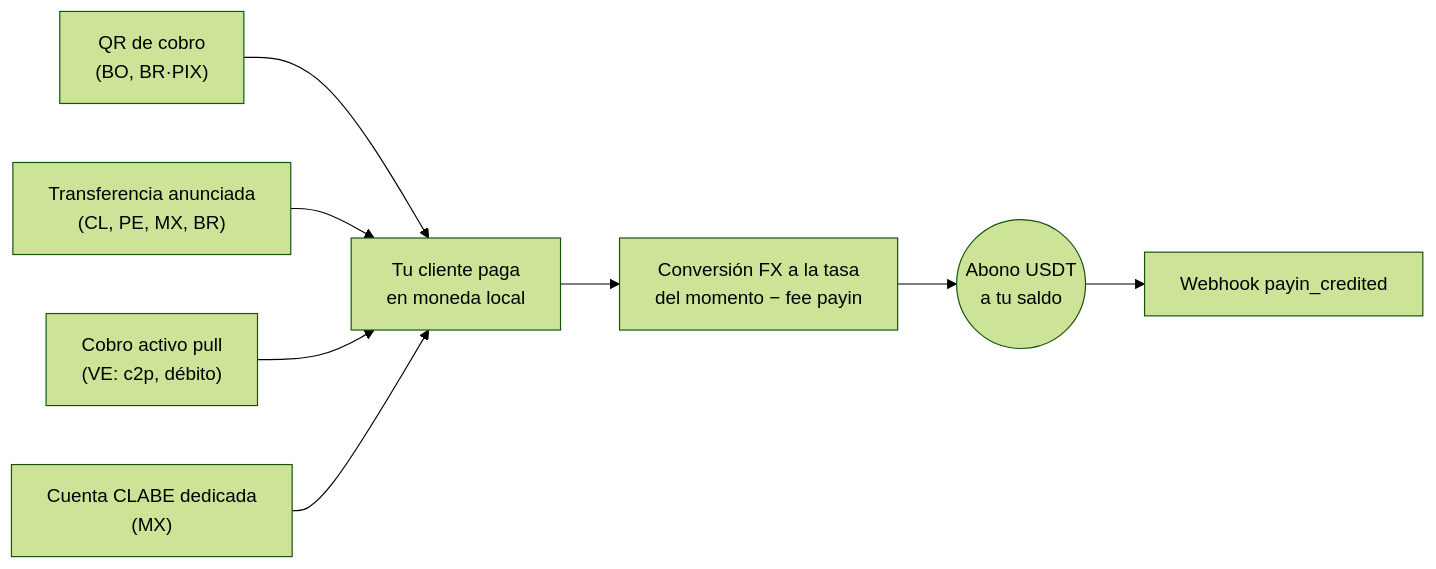
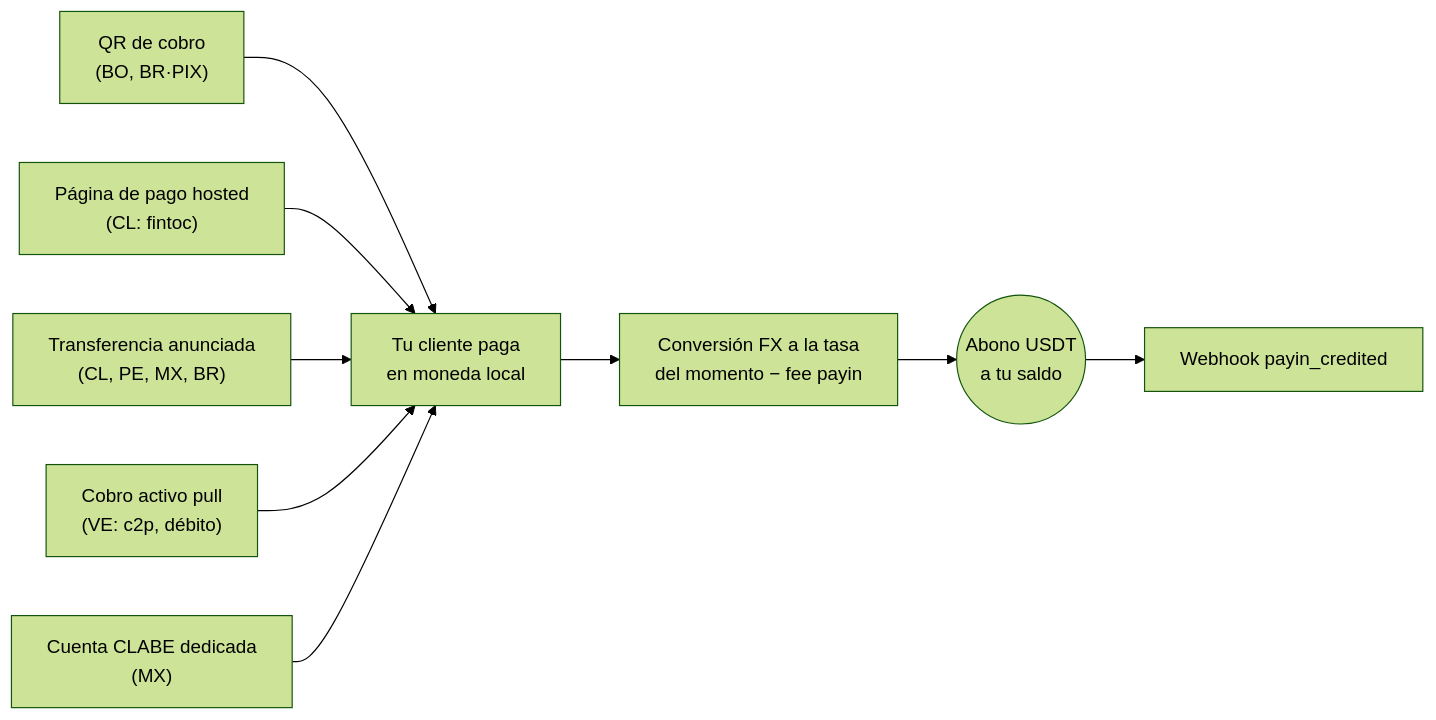
One commit to SaturoS17/docs changed the sixth of 12 diagrams in CBPAY_DOCUMENTACION.md. Above: the diagram before and after it, drawn with Mermaid (forest theme). The commit also changed other lines of this file and 7 other files, not shown here.

Commit message:
docs: Chile hosted payment page payin (method fintoc) with payment_url

````diff
--- a/CBPAY_DOCUMENTACION.md
+++ b/CBPAY_DOCUMENTACION.md
@@ -1265,10 +1265,11 @@
 ```mermaid
 flowchart LR
     qr["QR de cobro<br/>(BO, BR·PIX)"] --> pago["Tu cliente paga<br/>en moneda local"]
+    hosted["Página de pago hosted<br/>(CL: fintoc)"] --> pago
     anunciada["Transferencia anunciada<br/>(CL, PE, MX, BR)"] --> pago
     pull["Cobro activo pull<br/>(VE: c2p, débito)"] --> pago
     clabe["Cuenta CLABE dedicada<br/>(MX)"] --> pago
     pago --> conv["Conversión FX a la tasa<br/>del momento − fee payin"]
     conv --> credito(("Abono USDT<br/>a tu saldo"))
     credito --> wh["Webhook payin_credited"]
 ```
````
